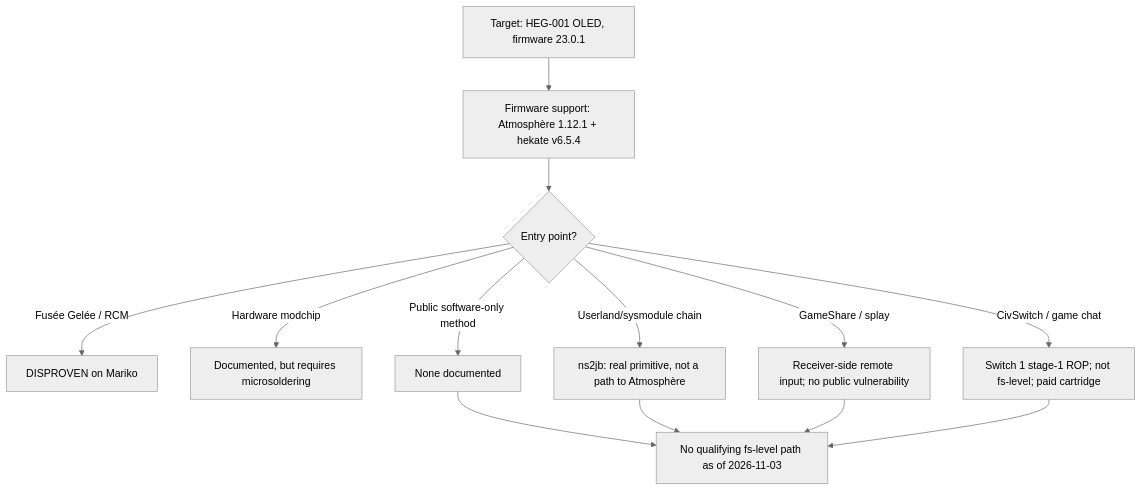
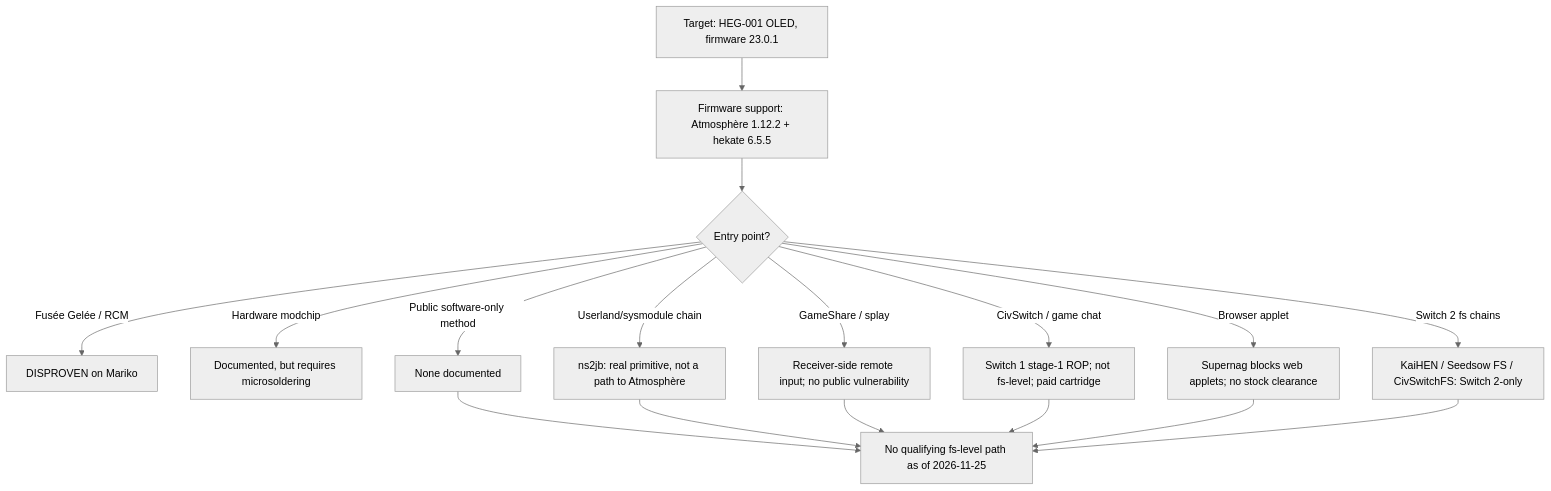
One commit to Tirexisso1010o/TX10LED changed the diagram in README.md. Above: the diagram before and after it, drawn with Mermaid (neutral theme). The commit also changed other lines of this file and 18 other files, not shown here.

Commit message:
Record 23.5.0, supernag gate, and Switch 2-only fs state

````diff
--- a/README.md
+++ b/README.md
@@ -35,15 +40,19 @@
 ```mermaid
 flowchart TD
-    A["Target: HEG-001 OLED, firmware 23.0.1"] --> B["Firmware support: Atmosphère 1.12.1 + hekate v6.5.4"]
+    A["Target: HEG-001 OLED, firmware 23.0.1"] --> B["Firmware support: Atmosphère 1.12.2 + hekate 6.5.5"]
     B --> C{"Entry point?"}
     C -->|"Fusée Gelée / RCM"| D["DISPROVEN on Mariko"]
     C -->|"Hardware modchip"| E["Documented, but requires microsoldering"]
     C -->|"Public software-only method"| F["None documented"]
     C -->|"Userland/sysmodule chain"| G["ns2jb: real primitive, not a path to Atmosphère"]
     C -->|"GameShare / splay"| I["Receiver-side remote input; no public vulnerability"]
     C -->|"CivSwitch / game chat"| J["Switch 1 stage-1 ROP; not fs-level; paid cartridge"]
-    F --> H["No qualifying fs-level path as of 2026-11-03"]
+    C -->|"Browser applet"| K["Supernag blocks web applets; no stock clearance"]
+    C -->|"Switch 2 fs chains"| L["KaiHEN / Seedsow FS / CivSwitchFS: Switch 2-only"]
+    F --> H["No qualifying fs-level path as of 2026-11-25"]
     G --> H
     I --> H
     J --> H
+    K --> H
+    L --> H
 ```
````
